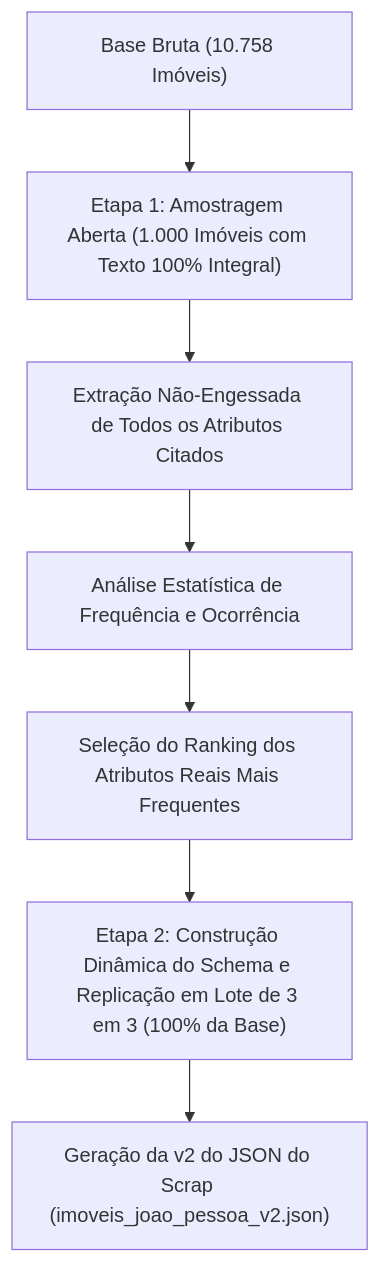
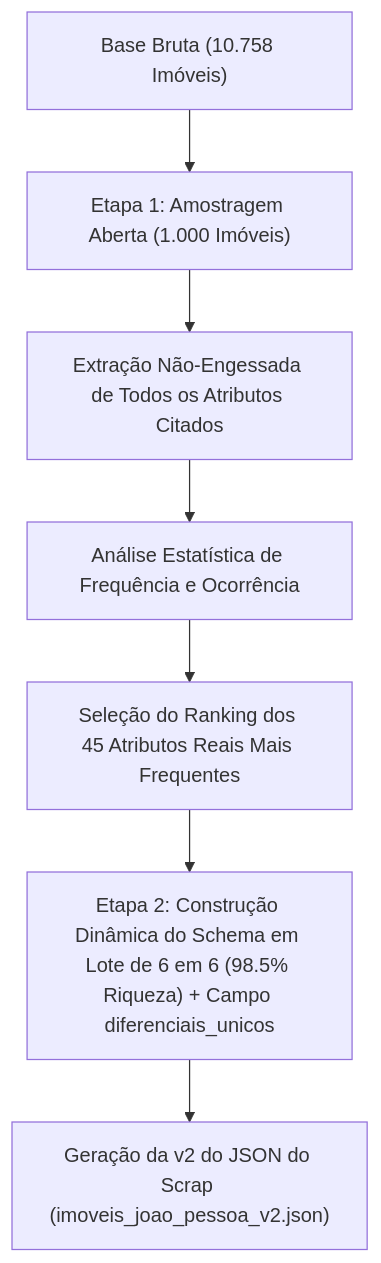
Before and after one commit to Vitoreism/Projeto-Aprendizagem-Maquina: the diagram in docs/issue_9_extracao_llm.md, drawn with Mermaid. The commit also changed other lines of this file and 1 other file, not shown here.

Commit message:
feat(issue-9): registra documentacao academica da escolha de batch-size=6 (98.5% riqueza) e 15 chaves de API

````diff
--- a/docs/issue_9_extracao_llm.md
+++ b/docs/issue_9_extracao_llm.md
@@ -15,9 +15,9 @@
 ```mermaid
 graph TD
-    A["Base Bruta (10.758 Imóveis)"] --> B["Etapa 1: Amostragem Aberta (1.000 Imóveis com Texto 100% Integral)"]
+    A["Base Bruta (10.758 Imóveis)"] --> B["Etapa 1: Amostragem Aberta (1.000 Imóveis)"]
     B --> C["Extração Não-Engessada de Todos os Atributos Citados"]
     C --> D["Análise Estatística de Frequência e Ocorrência"]
-    D --> E["Seleção do Ranking dos Atributos Reais Mais Frequentes"]
-    E --> F["Etapa 2: Construção Dinâmica do Schema e Replicação em Lote de 3 em 3 (100% da Base)"]
+    D --> E["Seleção do Ranking dos 45 Atributos Reais Mais Frequentes"]
+    E --> F["Etapa 2: Construção Dinâmica do Schema em Lote de 6 em 6 (98.5% Riqueza) + Campo diferenciais_unicos"]
     F --> G["Geração da v2 do JSON do Scrap (imoveis_joao_pessoa_v2.json)"]
 ```
````
